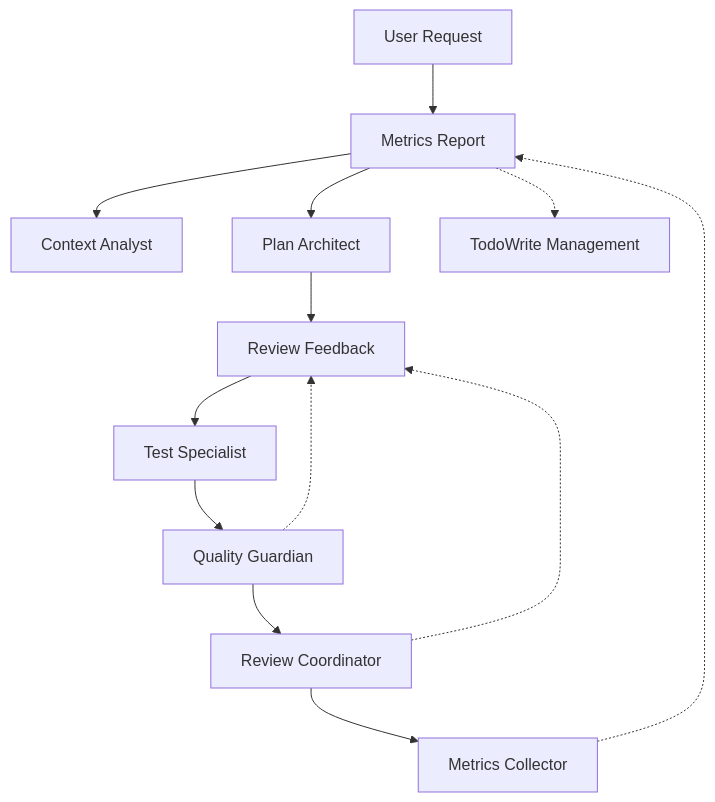
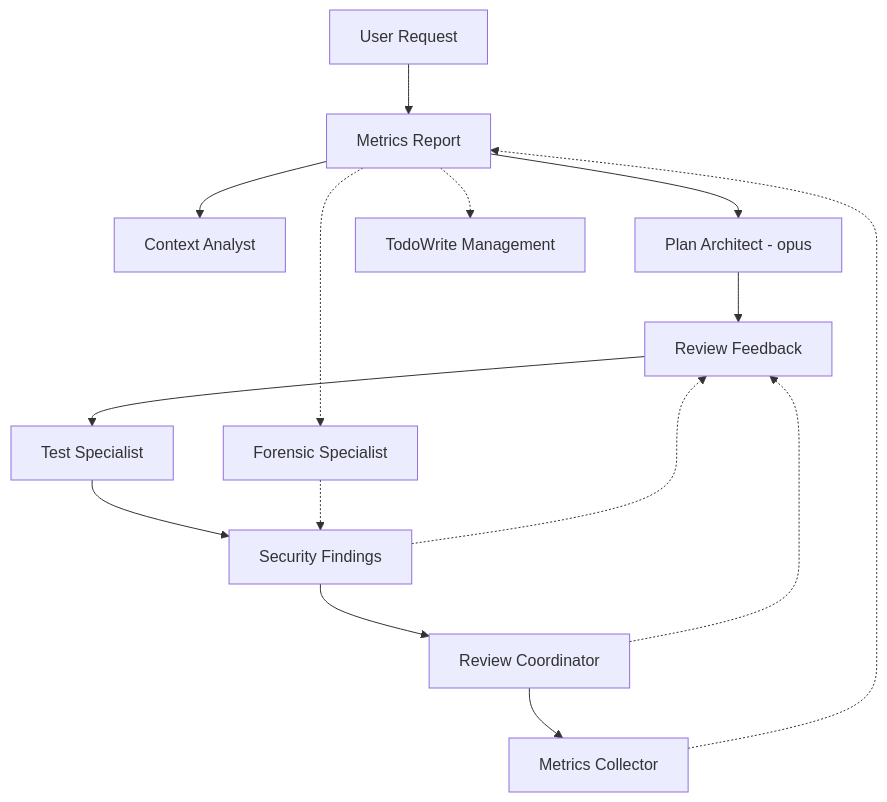
One commit to joaoariedi/ai-assisted-development-framework changed the diagram in AGENTS_PLAN.md. Above: the diagram before and after it, drawn with Mermaid. The commit also changed other lines of this file and 15 other files, not shown here.

````diff
--- a/AGENTS_PLAN.md
+++ b/AGENTS_PLAN.md
@@ -132,16 +193,18 @@
 ```mermaid
 graph TB
-    User[User Request] --> FO[Framework Orchestrator]
+    User[User Request] --> FO[Framework Orchestrator - opus]
     FO --> CA[Context Analyst]
-    FO --> PA[Plan Architect]
+    FO --> PA[Plan Architect - opus]
     PA --> IE[Implementation Engineer]
     IE --> TS[Test Specialist]
     TS --> QG[Quality Guardian]
     QG --> RC[Review Coordinator]
     RC --> MC[Metrics Collector]
-    
+
+    FO -.-> FS[Forensic Specialist]
     FO -.-> TodoWrite[TodoWrite Management]
     QG -.-> IE[Feedback Loop]
     RC -.-> IE[Review Feedback]
     MC -.-> FO[Metrics Report]
+    FS -.-> QG[Security Findings]
 ```
````
